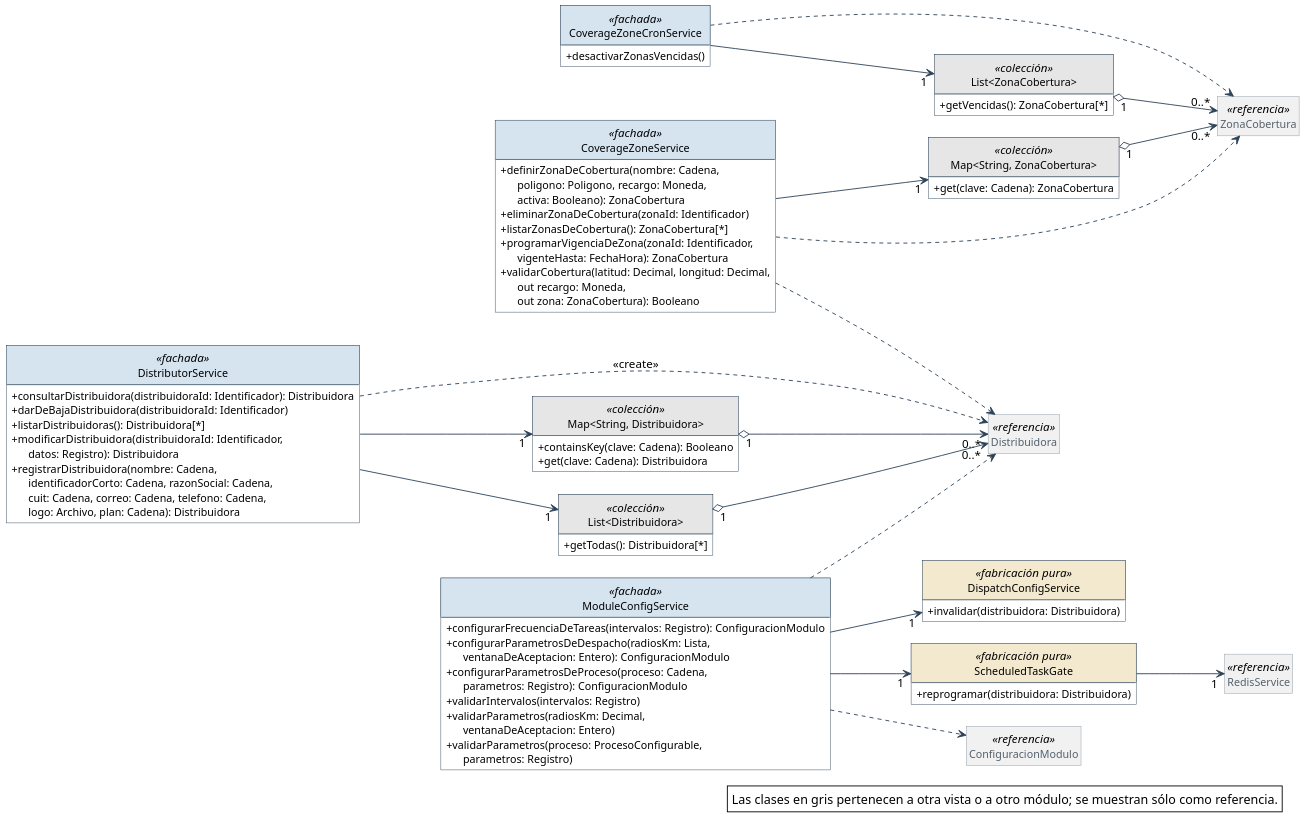
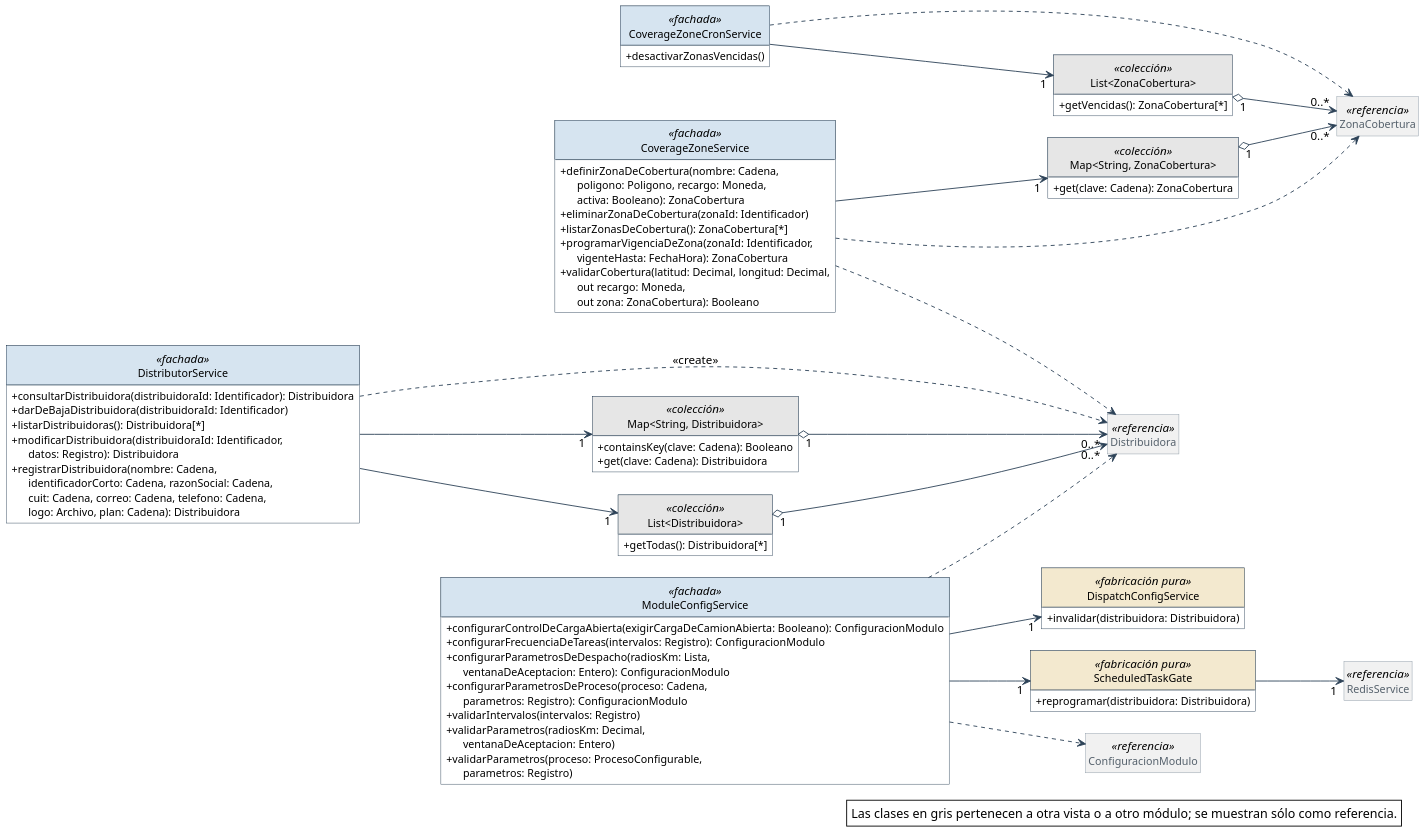
One commit to Nahuelito-Dev/splg-docs changed the diagram in diagramas/clases-diseno/DC_Mod_Cobertura-y-distribuidoras.puml. Above: the diagram before and after it, drawn with PlantUML. The commit also changed 1067 other files, not shown here.

```diff
--- a/diagramas/clases-diseno/DC_Mod_Cobertura-y-distribuidoras.puml
+++ b/diagramas/clases-diseno/DC_Mod_Cobertura-y-distribuidoras.puml
@@ -1,133 +1,134 @@
 @startuml
 skinparam backgroundColor #FFFFFF
 skinparam shadowing false
 skinparam defaultFontName Helvetica
 skinparam defaultFontSize 13
 skinparam dpi 150
 skinparam nodesep 40
 skinparam ranksep 55
 skinparam classAttributeIconSize 0
 skinparam roundCorner 0
 skinparam genericDisplay old
 skinparam class {
   BorderColor #2C4257
   BackgroundColor #FFFFFF
   ArrowColor #2C4257
   FontSize 14
   AttributeFontSize 12
   HeaderBackgroundColor #E8EEF3
 }
 skinparam class<<referencia>> {
   BackgroundColor #F1F1F1
   BorderColor #8A97A3
   FontColor #55616C
 }
 skinparam class<<fachada>> {
   HeaderBackgroundColor #D6E4F0
 }
 skinparam class<<controlador>> {
   HeaderBackgroundColor #D6E4F0
 }
 skinparam class<<fabricación pura>> {
   HeaderBackgroundColor #F3E9CF
 }
 skinparam class<<colección>> {
   HeaderBackgroundColor #E6E6E6
 }
 skinparam class<<adaptador>> {
   HeaderBackgroundColor #DCEBDD
 }
 skinparam interface {
   BorderColor #2C4257
   BackgroundColor #FFFFFF
   HeaderBackgroundColor #DCEBDD
   FontSize 14
   AttributeFontSize 12
 }
 skinparam note {
   BackgroundColor #FFFFFF
   BorderColor #2C4257
 }
 skinparam packageStyle rectangle
 skinparam package {
   BorderColor #8A97A3
   FontSize 13
   FontColor #55616C
 }
 hide circle
 hide empty members
 
 left to right direction
 skinparam nodesep 25
 skinparam ranksep 90
 class CoverageZoneService <<fachada>> {
   + definirZonaDeCobertura(nombre: Cadena,\n      poligono: Poligono, recargo: Moneda,\n      activa: Booleano): ZonaCobertura
   + eliminarZonaDeCobertura(zonaId: Identificador)
   + listarZonasDeCobertura(): ZonaCobertura[*]
   + programarVigenciaDeZona(zonaId: Identificador,\n      vigenteHasta: FechaHora): ZonaCobertura
   + validarCobertura(latitud: Decimal, longitud: Decimal,\n      out recargo: Moneda,\n      out zona: ZonaCobertura): Booleano
 }
 class "Map<String, ZonaCobertura>" as Map_String_ZonaCobertura <<colección>> {
   + get(clave: Cadena): ZonaCobertura
 }
 class CoverageZoneCronService <<fachada>> {
   + desactivarZonasVencidas()
 }
 class "List<ZonaCobertura>" as List_ZonaCobertura <<colección>> {
   + getVencidas(): ZonaCobertura[*]
 }
 class "Map<String, Distribuidora>" as Map_String_Distribuidora <<colección>> {
   + containsKey(clave: Cadena): Booleano
   + get(clave: Cadena): Distribuidora
 }
 class DistributorService <<fachada>> {
   + consultarDistribuidora(distribuidoraId: Identificador): Distribuidora
   + darDeBajaDistribuidora(distribuidoraId: Identificador)
   + listarDistribuidoras(): Distribuidora[*]
   + modificarDistribuidora(distribuidoraId: Identificador,\n      datos: Registro): Distribuidora
   + registrarDistribuidora(nombre: Cadena,\n      identificadorCorto: Cadena, razonSocial: Cadena,\n      cuit: Cadena, correo: Cadena, telefono: Cadena,\n      logo: Archivo, plan: Cadena): Distribuidora
 }
 class "List<Distribuidora>" as List_Distribuidora <<colección>> {
   + getTodas(): Distribuidora[*]
 }
 class ModuleConfigService <<fachada>> {
+  + configurarControlDeCargaAbierta(exigirCargaDeCamionAbierta: Booleano): ConfiguracionModulo
   + configurarFrecuenciaDeTareas(intervalos: Registro): ConfiguracionModulo
   + configurarParametrosDeDespacho(radiosKm: Lista,\n      ventanaDeAceptacion: Entero): ConfiguracionModulo
   + configurarParametrosDeProceso(proceso: Cadena,\n      parametros: Registro): ConfiguracionModulo
   + validarIntervalos(intervalos: Registro)
   + validarParametros(radiosKm: Decimal,\n      ventanaDeAceptacion: Entero)
   + validarParametros(proceso: ProcesoConfigurable,\n      parametros: Registro)
 }
 class DispatchConfigService <<fabricación pura>> {
   + invalidar(distribuidora: Distribuidora)
 }
 class ScheduledTaskGate <<fabricación pura>> {
   + reprogramar(distribuidora: Distribuidora)
 }
 class Distribuidora <<referencia>>
 class ZonaCobertura <<referencia>>
 class RedisService <<referencia>>
 class ConfiguracionModulo <<referencia>>
 
 Map_String_Distribuidora "1" o--> "0..*" Distribuidora
 List_Distribuidora "1" o--> "0..*" Distribuidora
 Map_String_ZonaCobertura "1" o--> "0..*" ZonaCobertura
 List_ZonaCobertura "1" o--> "0..*" ZonaCobertura
 CoverageZoneCronService --> "1" List_ZonaCobertura
 CoverageZoneService --> "1" Map_String_ZonaCobertura
 DistributorService --> "1" List_Distribuidora
 DistributorService --> "1" Map_String_Distribuidora
 ModuleConfigService --> "1" DispatchConfigService
 ModuleConfigService --> "1" ScheduledTaskGate
 ScheduledTaskGate --> "1" RedisService
 CoverageZoneCronService ..> ZonaCobertura
 CoverageZoneService ..> Distribuidora
 CoverageZoneService ..> ZonaCobertura
 DistributorService ..> Distribuidora : <<create>>
 ModuleConfigService ..> ConfiguracionModulo
 ModuleConfigService ..> Distribuidora
 
 legend bottom right
   Las clases en gris pertenecen a otra vista o a otro módulo; se muestran sólo como referencia.
 endlegend
 @enduml
```
